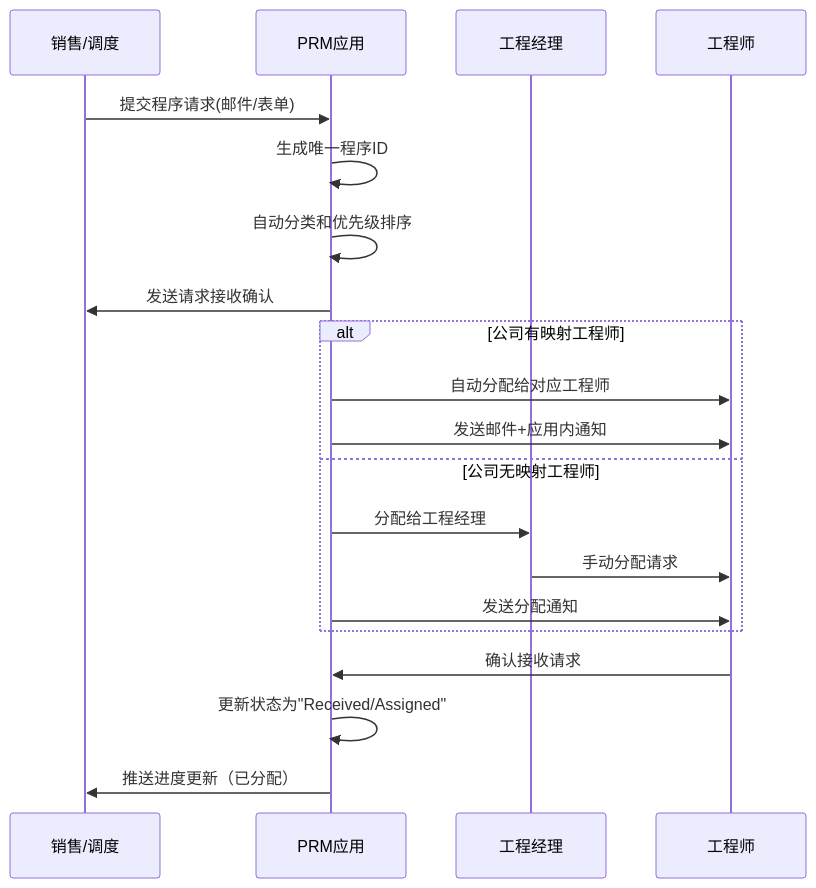
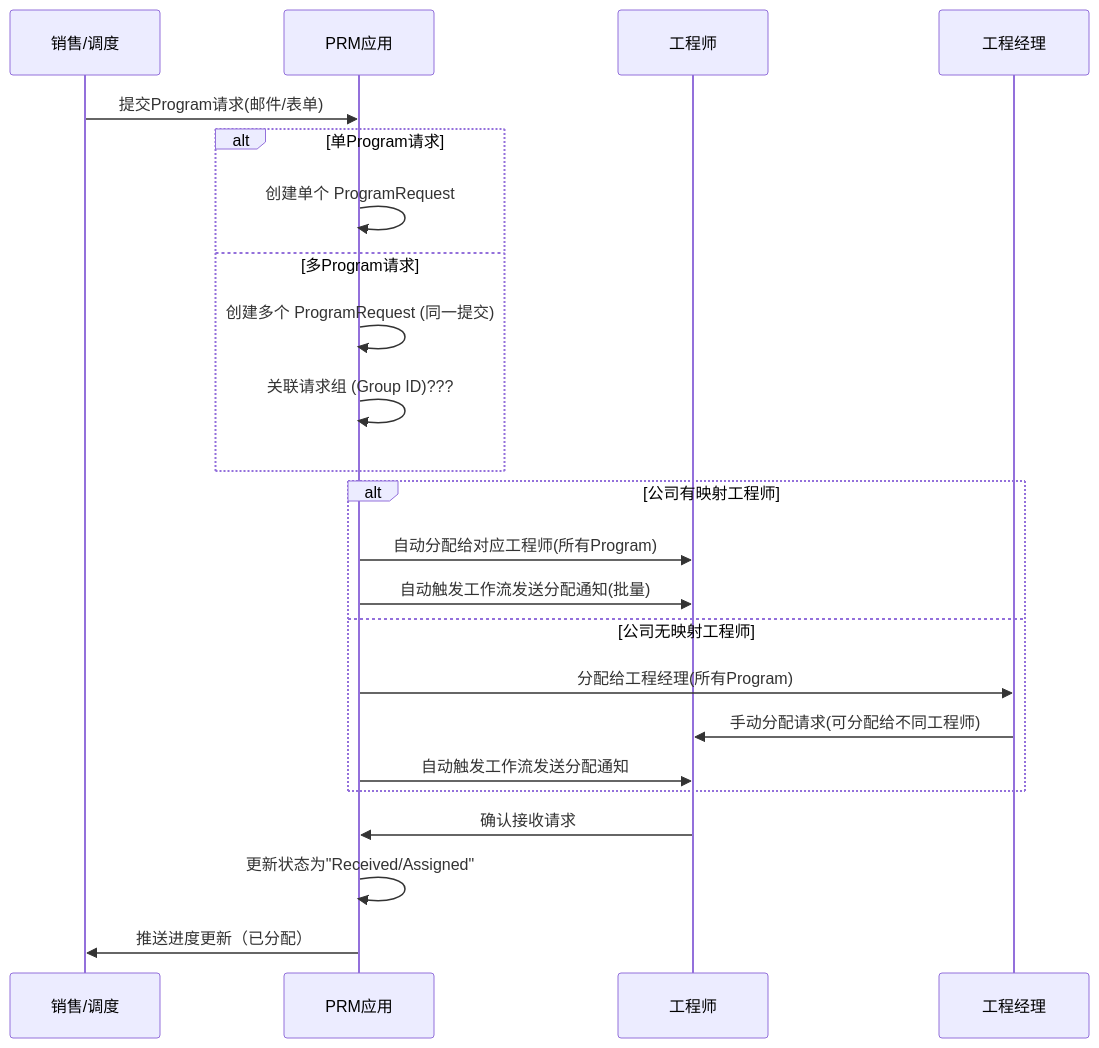
The first of 4 diagrams in Documents/01 - Cementing Service Invitation/03 - Request Job Design/Artifacts/Analysis/02-Design/003-系统用例.md (Sanjel-Energy-Services/eService_WorkItems), drawn with Mermaid before and after one commit. The commit also changed other lines of this file and 2 other files, not shown here.

First line of the commit message:
feat: Add Scrum-based project plan and Gantt charts for Program Request Management

````diff
--- a/Documents/01 - Cementing Service Invitation/03 - Request Job Design/Artifacts/Analysis/02-Design/003-系统用例.md
+++ b/Documents/01 - Cementing Service Invitation/03 - Request Job Design/Artifacts/Analysis/02-Design/003-系统用例.md
@@ -3,23 +3,26 @@
 ```mermaid
 sequenceDiagram
-    participant S as 销售/调度
-    participant FS as PRM应用
-    participant EM as 工程经理
-    participant E as 工程师
-    
-    S->>FS: 提交程序请求(邮件/表单)
-    FS->>FS: 生成唯一程序ID
-    FS->>FS: 自动分类和优先级排序
-    FS->>S: 发送请求接收确认
-    alt 公司有映射工程师
-        FS->>E: 自动分配给对应工程师
-        FS->>E: 发送邮件+应用内通知
-    else 公司无映射工程师
-        FS->>EM: 分配给工程经理
-        EM->>E: 手动分配请求
-        FS->>E: 发送分配通知
-    end
-    E->>FS: 确认接收请求
-    FS->>FS: 更新状态为"Received/Assigned"
-    FS->>S: 推送进度更新（已分配）
+participant S as 销售/调度
+participant FS as PRM应用
+participant E as 工程师
+participant EM as 工程经理
+
+S->>FS: 提交Program请求(邮件/表单)
+alt 单Program请求
+		FS->>FS: 创建单个 ProgramRequest
+else 多Program请求
+		FS->>FS: 创建多个 ProgramRequest (同一提交)
+		FS->>FS: 关联请求组 (Group ID)???
+end
+alt 公司有映射工程师
+		FS->>E: 自动分配给对应工程师(所有Program)
+		FS->>E: 自动触发工作流发送分配通知(批量)
+else 公司无映射工程师
+		FS->>EM: 分配给工程经理(所有Program)
+		EM->>E: 手动分配请求(可分配给不同工程师)
+		FS->>E: 自动触发工作流发送分配通知
+end
+E->>FS: 确认接收请求
+FS->>FS: 更新状态为"Received/Assigned"
+FS->>S: 推送进度更新（已分配）
 ```
````
